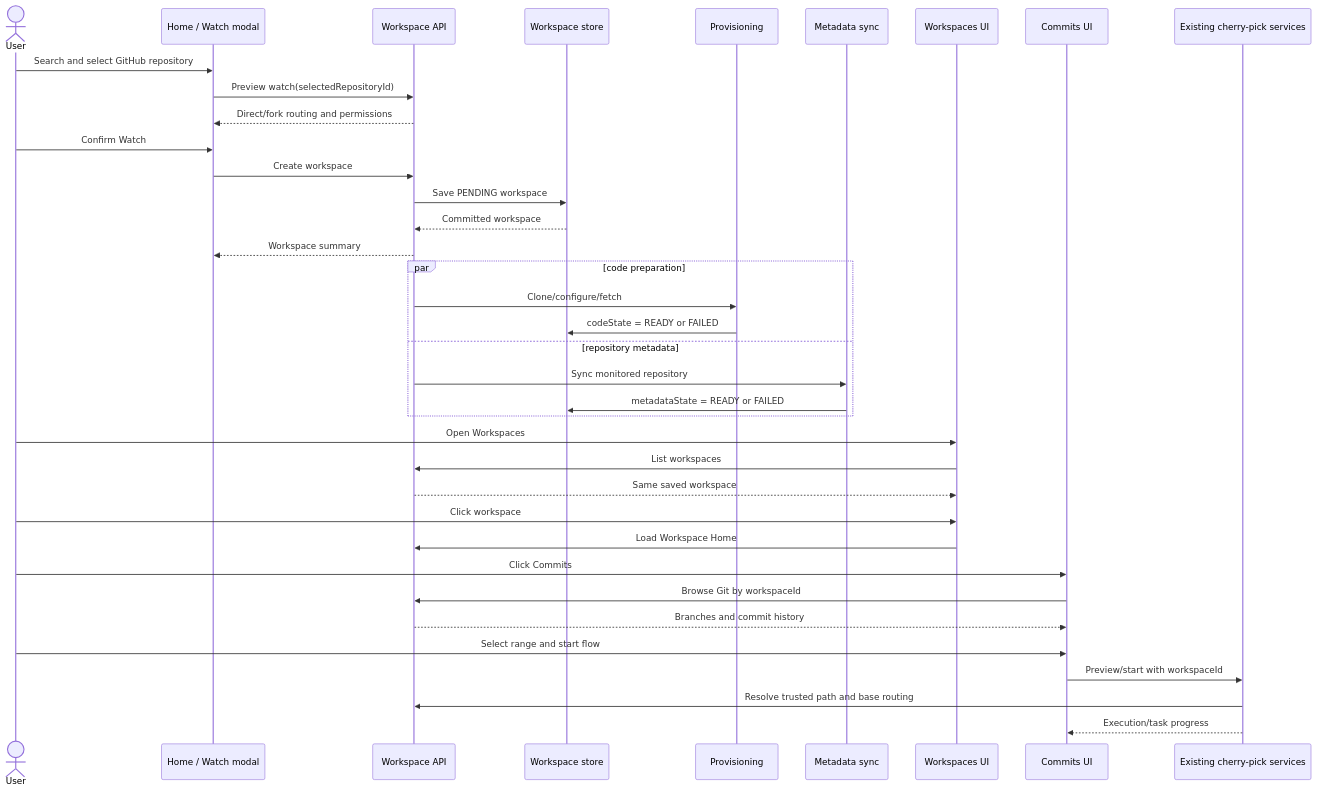
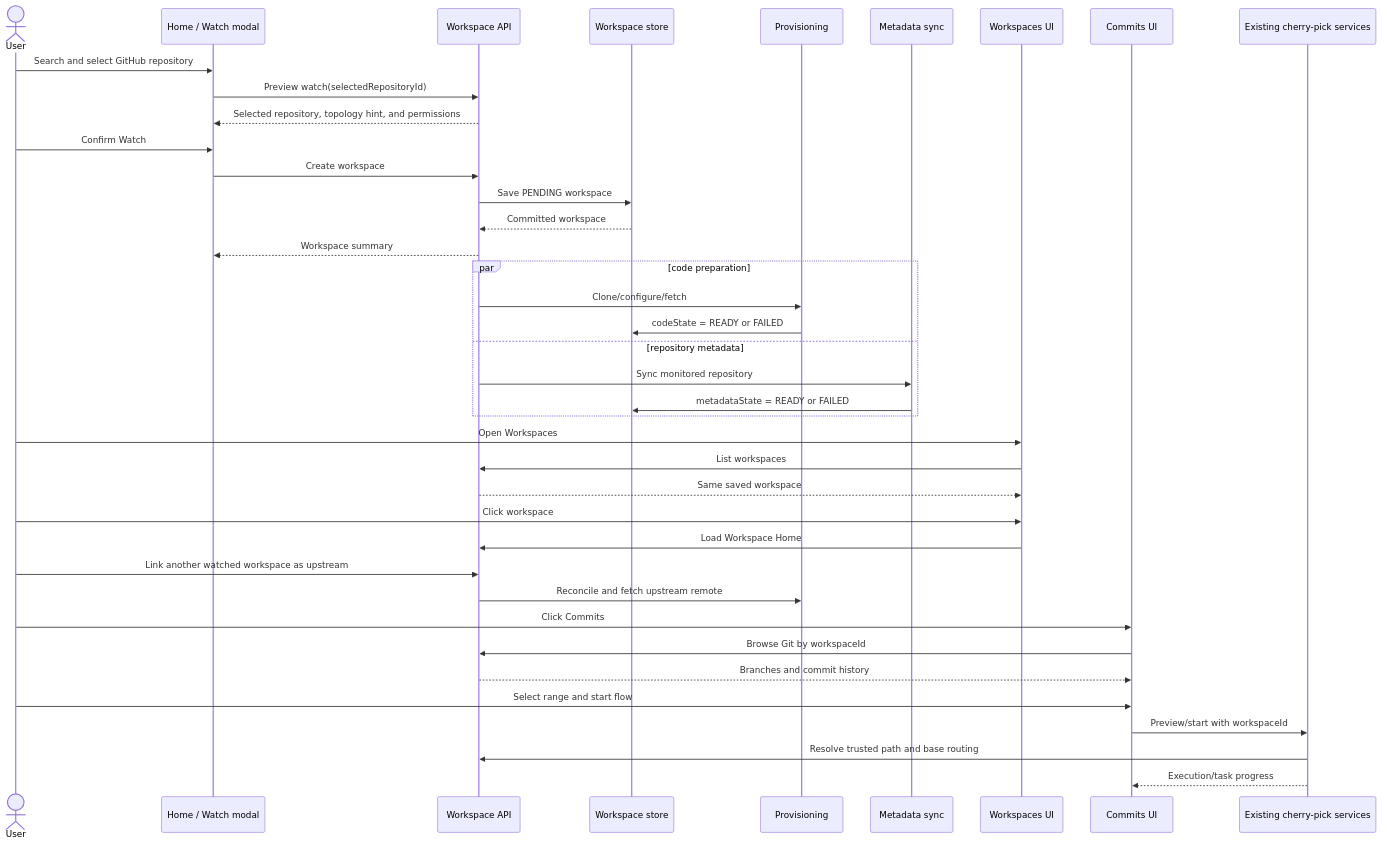
Before and after one commit to bytequay/bytequay: the diagram in docs/design/watched-repo.md, drawn with Mermaid. The commit also changed other lines of this file and 32 other files, not shown here.

Commit message:
Add explicit upstream workspace links

````diff
--- a/docs/design/watched-repo.md
+++ b/docs/design/watched-repo.md
@@ -684,40 +707,42 @@
 ```mermaid
 sequenceDiagram
     actor User
     participant Home as Home / Watch modal
     participant API as Workspace API
     participant DB as Workspace store
     participant Provision as Provisioning
     participant Metadata as Metadata sync
     participant Workspaces as Workspaces UI
     participant Commits as Commits UI
     participant CherryPick as Existing cherry-pick services
 
     User->>Home: Search and select GitHub repository
     Home->>API: Preview watch(selectedRepositoryId)
-    API-->>Home: Direct/fork routing and permissions
+    API-->>Home: Selected repository, topology hint, and permissions
     User->>Home: Confirm Watch
     Home->>API: Create workspace
     API->>DB: Save PENDING workspace
     DB-->>API: Committed workspace
     API-->>Home: Workspace summary
     par code preparation
         API->>Provision: Clone/configure/fetch
         Provision->>DB: codeState = READY or FAILED
     and repository metadata
         API->>Metadata: Sync monitored repository
         Metadata->>DB: metadataState = READY or FAILED
     end
     User->>Workspaces: Open Workspaces
     Workspaces->>API: List workspaces
     API-->>Workspaces: Same saved workspace
     User->>Workspaces: Click workspace
     Workspaces->>API: Load Workspace Home
+    User->>API: Link another watched workspace as upstream
+    API->>Provision: Reconcile and fetch upstream remote
     User->>Commits: Click Commits
     Commits->>API: Browse Git by workspaceId
     API-->>Commits: Branches and commit history
     User->>Commits: Select range and start flow
     Commits->>CherryPick: Preview/start with workspaceId
     CherryPick->>API: Resolve trusted path and base routing
     CherryPick-->>Commits: Execution/task progress
 ```
````
